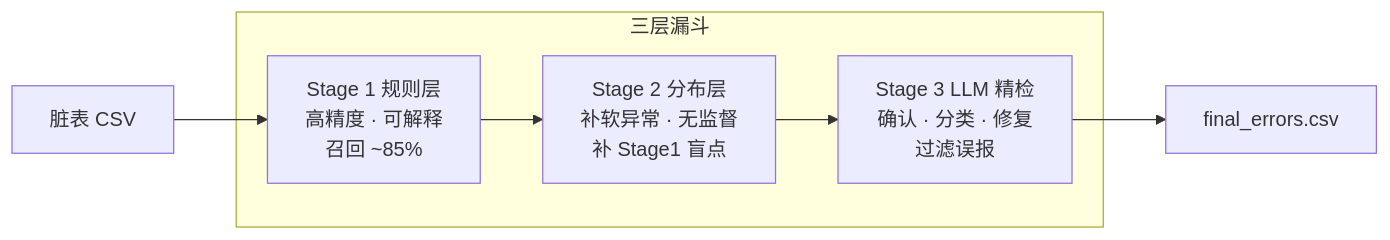
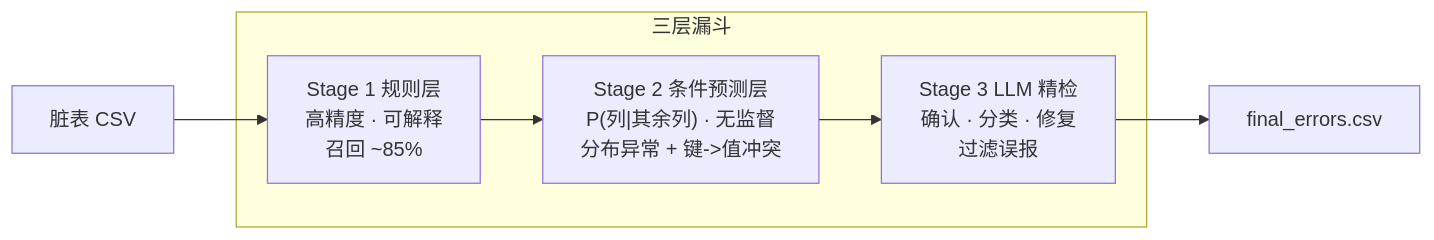
One commit to 1993371829/error_detect changed the first of 8 diagrams in PIPELINE.md. Above: the diagram before and after it, drawn with Mermaid. The commit also changed other lines of this file and 12 other files, not shown here.

````diff
--- a/PIPELINE.md
+++ b/PIPELINE.md
@@ -30,9 +30,9 @@
 ```mermaid
 flowchart LR
     subgraph funnel["三层漏斗"]
         S1["Stage 1 规则层<br/>高精度 · 可解释<br/>召回 ~85%"]
-        S2["Stage 2 分布层<br/>补软异常 · 无监督<br/>补 Stage1 盲点"]
+        S2["Stage 2 条件预测层<br/>P(列|其余列) · 无监督<br/>分布异常 + 键->值冲突"]
         S3["Stage 3 LLM 精检<br/>确认 · 分类 · 修复<br/>过滤误报"]
     end
     IN["脏表 CSV"] --> S1 --> S2 --> S3 --> OUT["final_errors.csv"]
 ```
````
